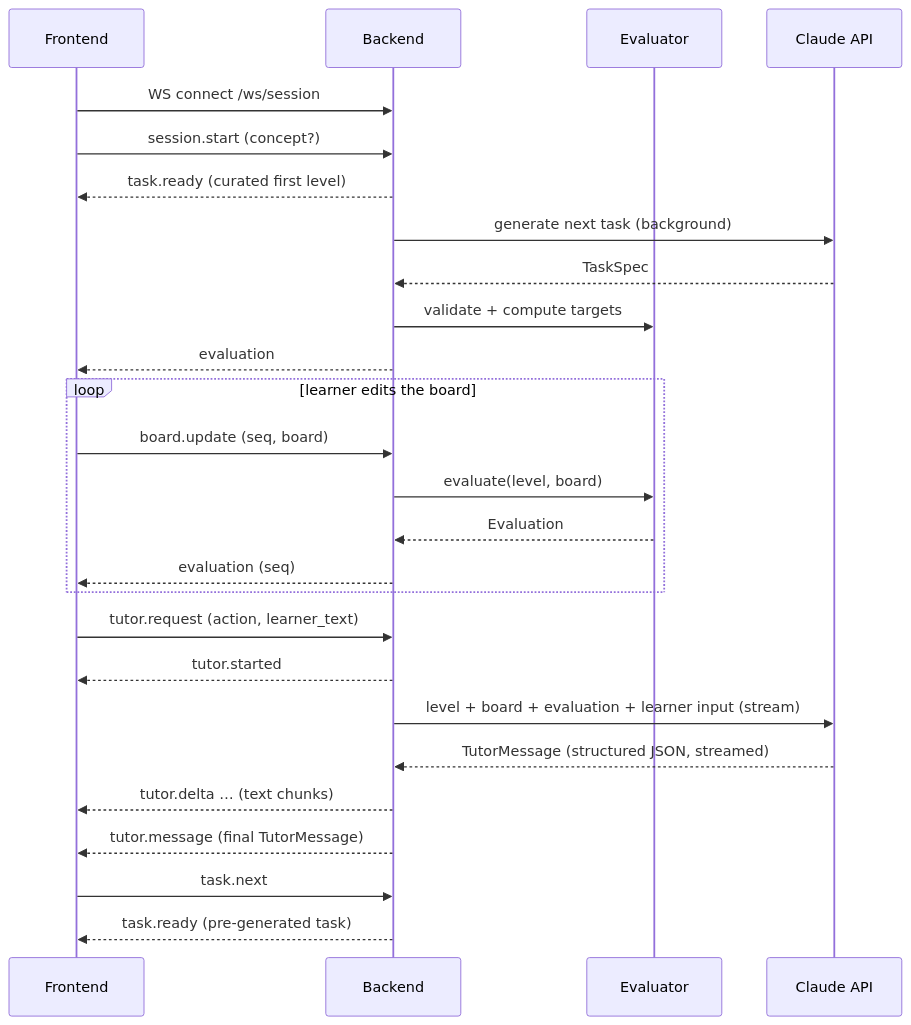
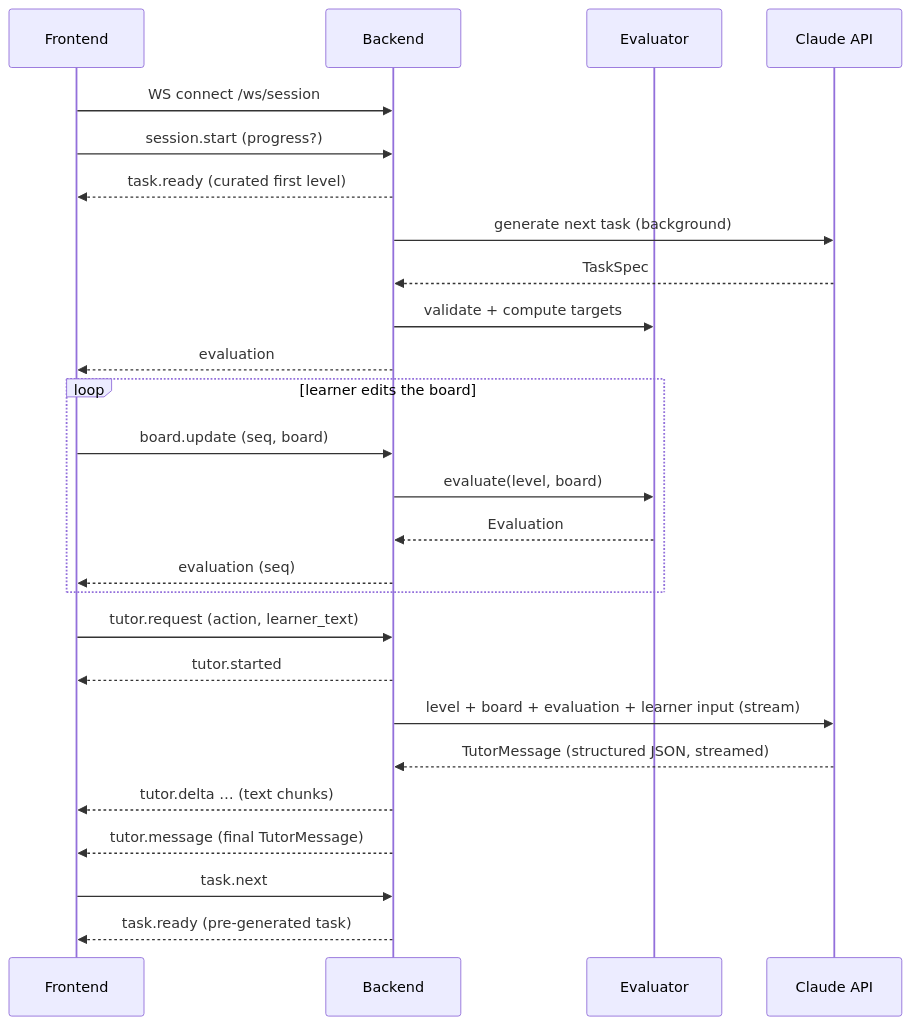
The diagram in docs/contract.md (VOxFF/schematics-ai-tutor), drawn with Mermaid before and after one commit. The commit also changed other lines of this file and 4 other files, not shown here.

````diff
--- a/docs/contract.md
+++ b/docs/contract.md
@@ -5,29 +5,29 @@
 ```mermaid
 sequenceDiagram
     participant FE as Frontend
     participant BE as Backend
     participant EV as Evaluator
     participant C as Claude API
 
     FE->>BE: WS connect /ws/session
-    FE->>BE: session.start (concept?)
+    FE->>BE: session.start (progress?)
     BE-->>FE: task.ready (curated first level)
     BE->>C: generate next task (background)
     C-->>BE: TaskSpec
     BE->>EV: validate + compute targets
     BE-->>FE: evaluation
     loop learner edits the board
         FE->>BE: board.update (seq, board)
         BE->>EV: evaluate(level, board)
         EV-->>BE: Evaluation
         BE-->>FE: evaluation (seq)
     end
     FE->>BE: tutor.request (action, learner_text)
     BE-->>FE: tutor.started
     BE->>C: level + board + evaluation + learner input (stream)
     C-->>BE: TutorMessage (structured JSON, streamed)
     BE-->>FE: tutor.delta … (text chunks)
     BE-->>FE: tutor.message (final TutorMessage)
     FE->>BE: task.next
     BE-->>FE: task.ready (pre-generated task)
 ```
````
